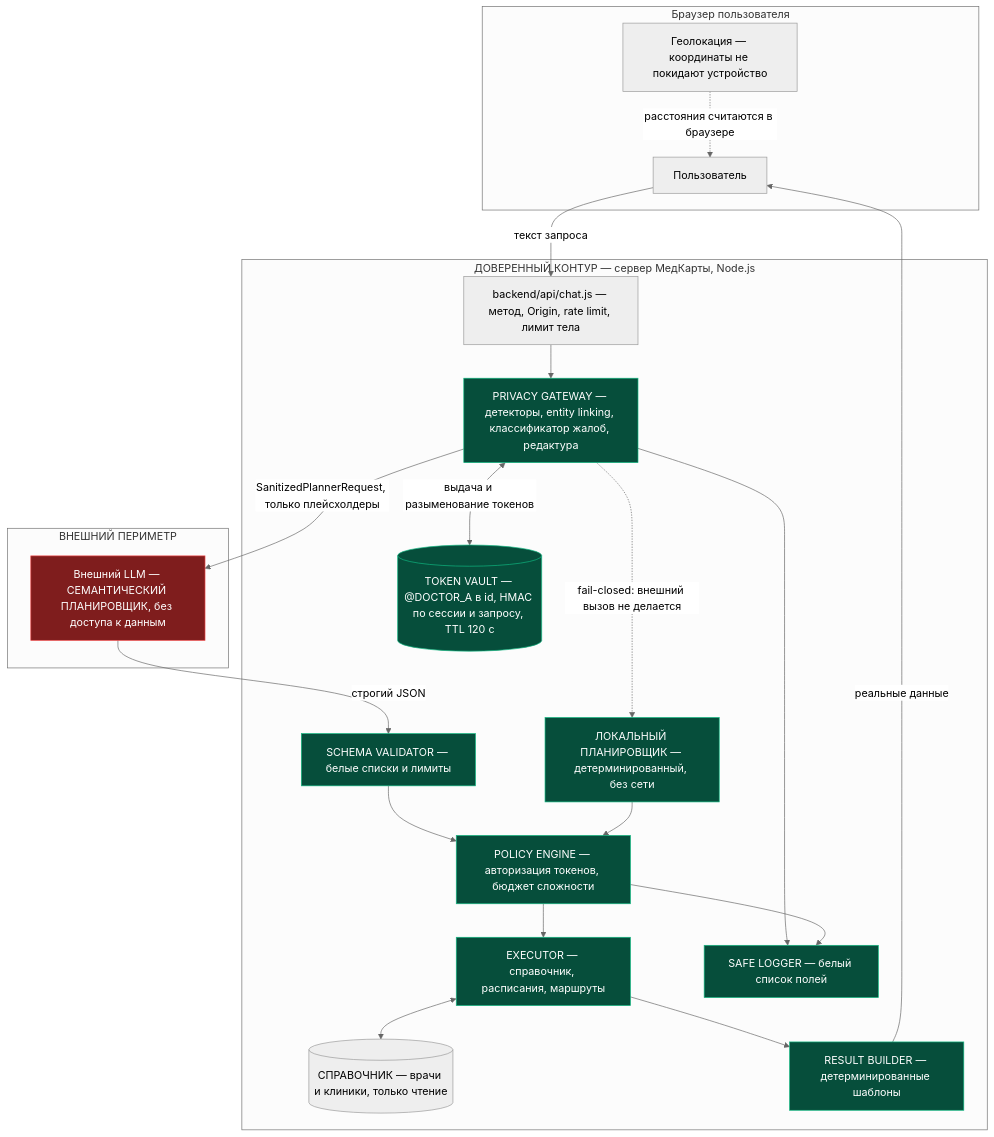
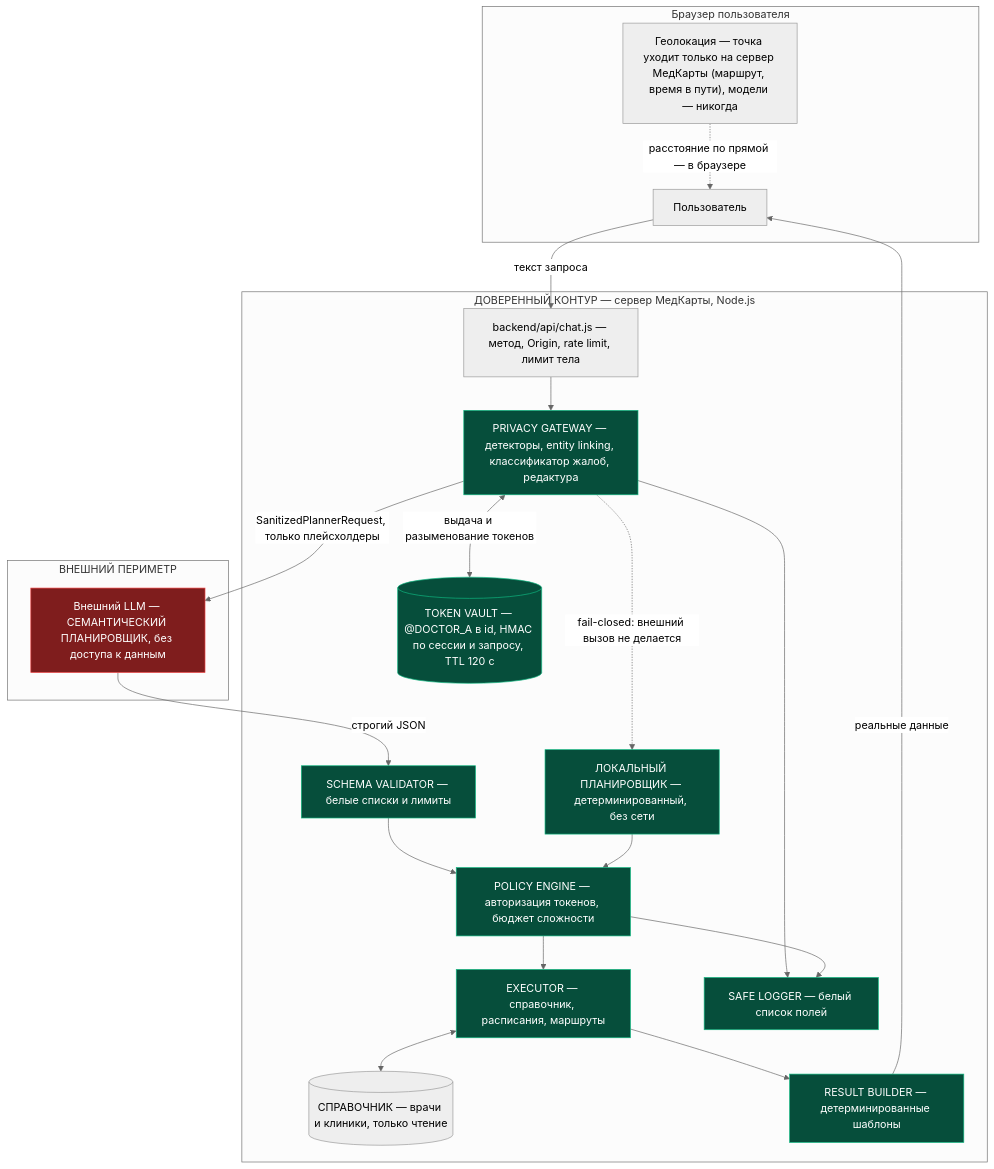
One commit to MaksimMerkushev/MedKarta changed the first of 2 diagrams in docs/privacy-architecture.md. Above: the diagram before and after it, drawn with Mermaid (neutral theme). The commit also changed 7 other files, not shown here.

````diff
--- a/docs/privacy-architecture.md
+++ b/docs/privacy-architecture.md
@@ -21,45 +21,45 @@
 ```mermaid
 flowchart TB
     subgraph browser["Браузер пользователя"]
         U["Пользователь"]
-        GEO["Геолокация — координаты не покидают устройство"]
+        GEO["Геолокация — точка уходит только на сервер МедКарты (маршрут, время в пути), модели — никогда"]
     end
 
     subgraph trusted["ДОВЕРЕННЫЙ КОНТУР — сервер МедКарты, Node.js"]
         API["backend/api/chat.js — метод, Origin, rate limit, лимит тела"]
         GW["PRIVACY GATEWAY — детекторы, entity linking, классификатор жалоб, редактура"]
         VAULT[("TOKEN VAULT — @DOCTOR_A в id, HMAC по сессии и запросу, TTL 120 c")]
         LOCAL["ЛОКАЛЬНЫЙ ПЛАНИРОВЩИК — детерминированный, без сети"]
         VAL["SCHEMA VALIDATOR — белые списки и лимиты"]
         POL["POLICY ENGINE — авторизация токенов, бюджет сложности"]
         EXEC["EXECUTOR — справочник, расписания, маршруты"]
         CAT[("СПРАВОЧНИК — врачи и клиники, только чтение")]
         RES["RESULT BUILDER — детерминированные шаблоны"]
         LOG["SAFE LOGGER — белый список полей"]
     end
 
     subgraph external["ВНЕШНИЙ ПЕРИМЕТР"]
         LLM["Внешний LLM — СЕМАНТИЧЕСКИЙ ПЛАНИРОВЩИК, без доступа к данным"]
     end
 
     U -->|"текст запроса"| API
     API --> GW
     GW <-->|"выдача и разыменование токенов"| VAULT
     GW -->|"SanitizedPlannerRequest, только плейсхолдеры"| LLM
     GW -.->|"fail-closed: внешний вызов не делается"| LOCAL
     LLM -->|"строгий JSON"| VAL
     VAL --> POL
     LOCAL --> POL
     POL --> EXEC
     EXEC <--> CAT
     EXEC --> RES
     RES -->|"реальные данные"| U
-    GEO -.->|"расстояния считаются в браузере"| U
+    GEO -.->|"расстояние по прямой — в браузере"| U
     GW --> LOG
     POL --> LOG
 
     classDef ext fill:#7f1d1d,stroke:#ef4444,color:#fff
     classDef tru fill:#064e3b,stroke:#10b981,color:#fff
     class LLM ext
     class GW,VAULT,VAL,POL,EXEC,RES,LOCAL,LOG tru
 ```
````
